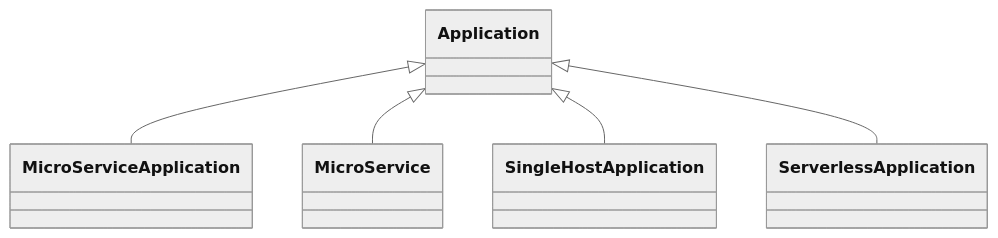
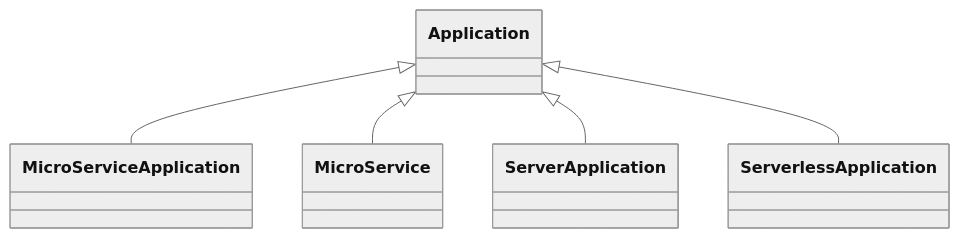
Before and after one commit to oasis-open/tosca-community-contributions: the diagram in profiles/community/tosca/abstract/application/README.md, drawn with Mermaid (neutral theme). The commit also changed other lines of this file and 15 other files, not shown here.

````diff
--- a/profiles/community/tosca/abstract/application/README.md
+++ b/profiles/community/tosca/abstract/application/README.md
@@ -9,7 +8,7 @@
 ```mermaid
 classDiagram
     Application <|-- MicroServiceApplication
     Application <|-- MicroService
-    Application <|-- SingleHostApplication
+    Application <|-- ServerApplication
     Application <|-- ServerlessApplication
 ```
````
